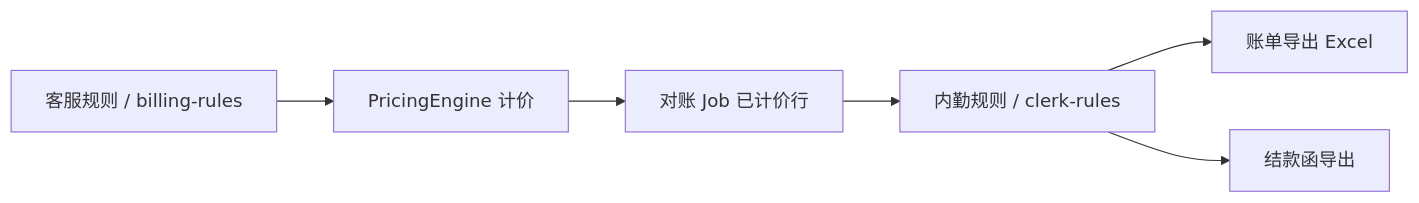
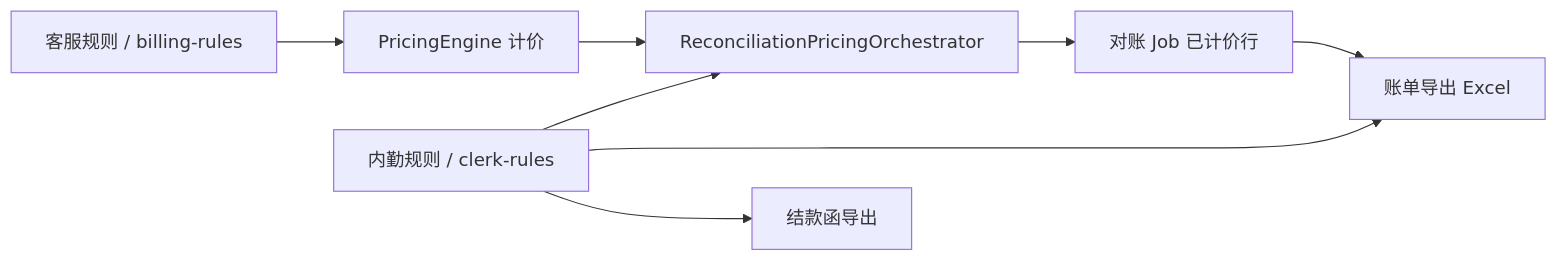
One commit to 308081164/hospital_longservice changed the diagram in docs/内勤规则架构与迁移方案.md. Above: the diagram before and after it, drawn with Mermaid. The commit also changed other lines of this file and 74 other files, not shown here.

````diff
--- a/docs/内勤规则架构与迁移方案.md
+++ b/docs/内勤规则架构与迁移方案.md
@@ -26,8 +26,10 @@
 ```mermaid
 flowchart LR
   A[客服规则 / billing-rules] --> B[PricingEngine 计价]
-  B --> C[对账 Job 已计价行]
-  C --> D[内勤规则 / clerk-rules]
-  D --> E[账单导出 Excel]
-  D --> F[结款函导出]
+  C[内勤规则 / clerk-rules] --> D[ReconciliationPricingOrchestrator]
+  B --> D
+  D --> E[对账 Job 已计价行]
+  E --> F[账单导出 Excel]
+  C --> F
+  C --> G[结款函导出]
 ```
````
